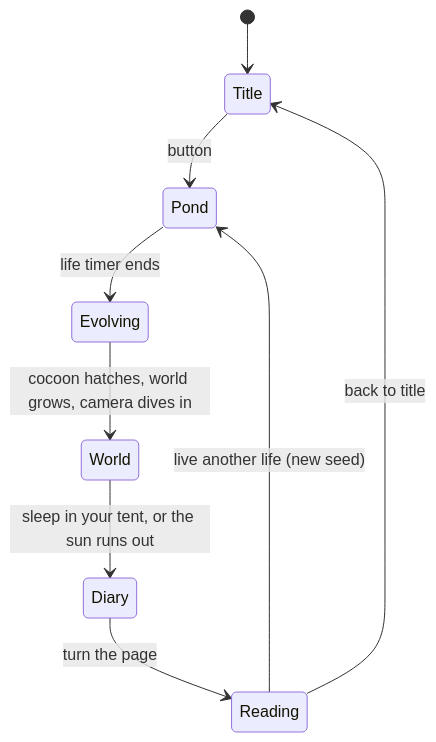
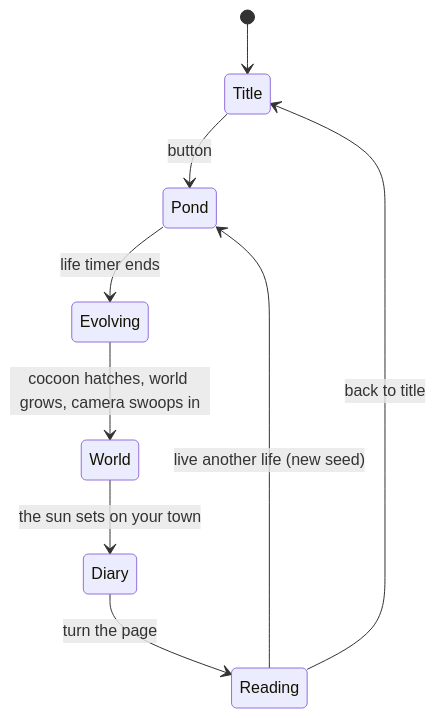
One commit to mmosle28/evol changed the diagram in README.md. Above: the diagram before and after it, drawn with Mermaid. The commit also changed other lines of this file and 11 other files, not shown here.

First line of the commit message:
Townscaper-style building in a Tiny Glade world; Dr. Wobble reads your town

````diff
--- a/README.md
+++ b/README.md
@@ -40,11 +31,11 @@
 ```mermaid
 stateDiagram-v2
     [*] --> Title
     Title --> Pond: button
     Pond --> Evolving: life timer ends
-    Evolving --> World: cocoon hatches, world grows, camera dives in
-    World --> Diary: sleep in your tent, or the sun runs out
+    Evolving --> World: cocoon hatches, world grows, camera swoops in
+    World --> Diary: the sun sets on your town
     Diary --> Reading: turn the page
     Reading --> Pond: live another life (new seed)
     Reading --> Title: back to title
 ```
````
